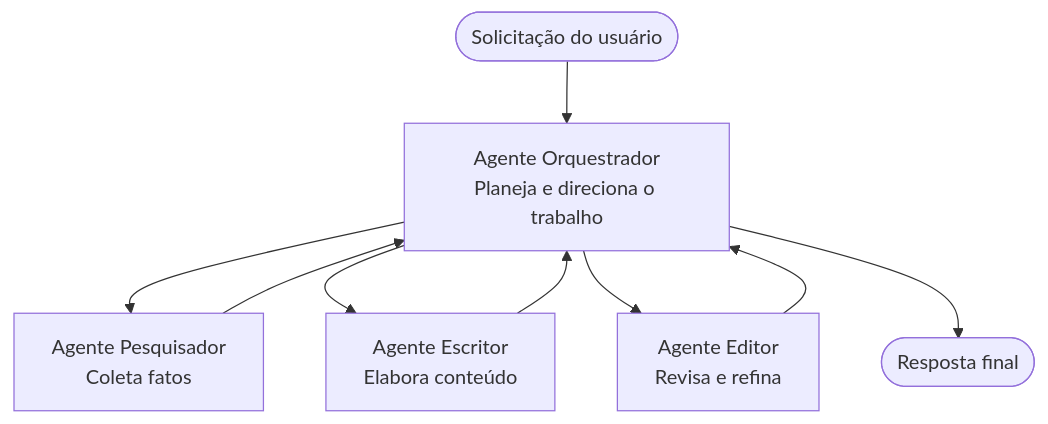
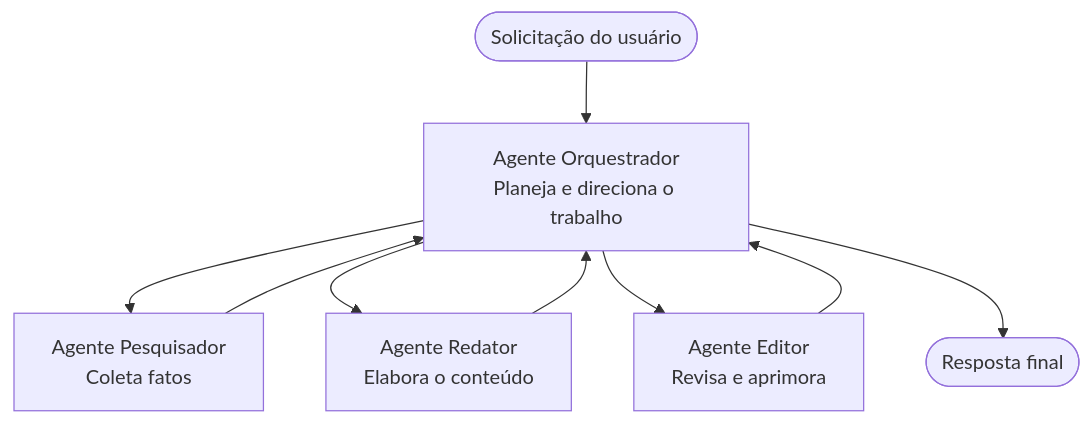
One commit to microsoft/AZD-for-beginners changed the diagram in translations/pt-BR/docs/chapter-05-multi-agent/multi-agent-basics.md. Above: the diagram before and after it, drawn with Mermaid. The commit also changed other lines of this file and 59 other files, not shown here.

````diff
--- a/translations/pt-BR/docs/chapter-05-multi-agent/multi-agent-basics.md
+++ b/translations/pt-BR/docs/chapter-05-multi-agent/multi-agent-basics.md
@@ -43,11 +43,11 @@
 ```mermaid
 graph TD
     User([Solicitação do usuário]) --> Orchestrator[Agente Orquestrador<br/>Planeja e direciona o trabalho]
     Orchestrator --> Researcher[Agente Pesquisador<br/>Coleta fatos]
-    Orchestrator --> Writer[Agente Escritor<br/>Elabora conteúdo]
-    Orchestrator --> Editor[Agente Editor<br/>Revisa e refina]
+    Orchestrator --> Writer[Agente Redator<br/>Elabora o conteúdo]
+    Orchestrator --> Editor[Agente Editor<br/>Revisa e aprimora]
     Researcher --> Orchestrator
     Writer --> Orchestrator
     Editor --> Orchestrator
     Orchestrator --> Result([Resposta final])
 ```
````
